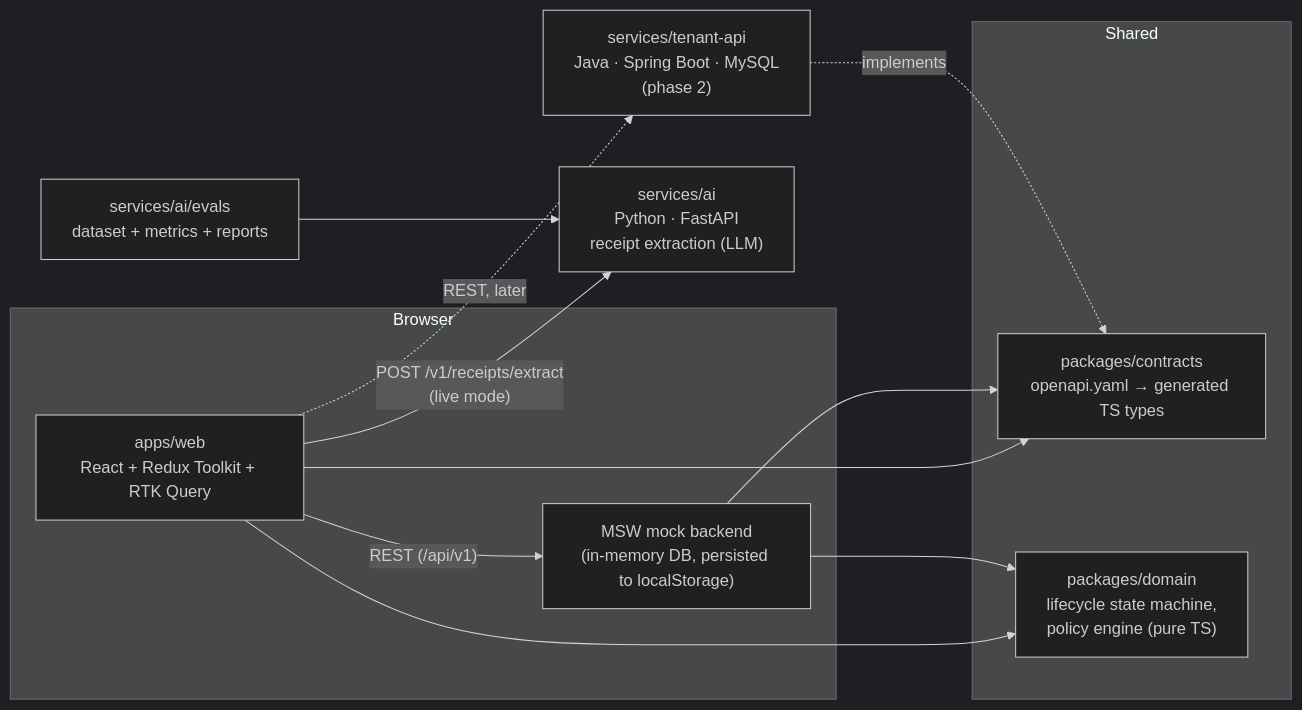
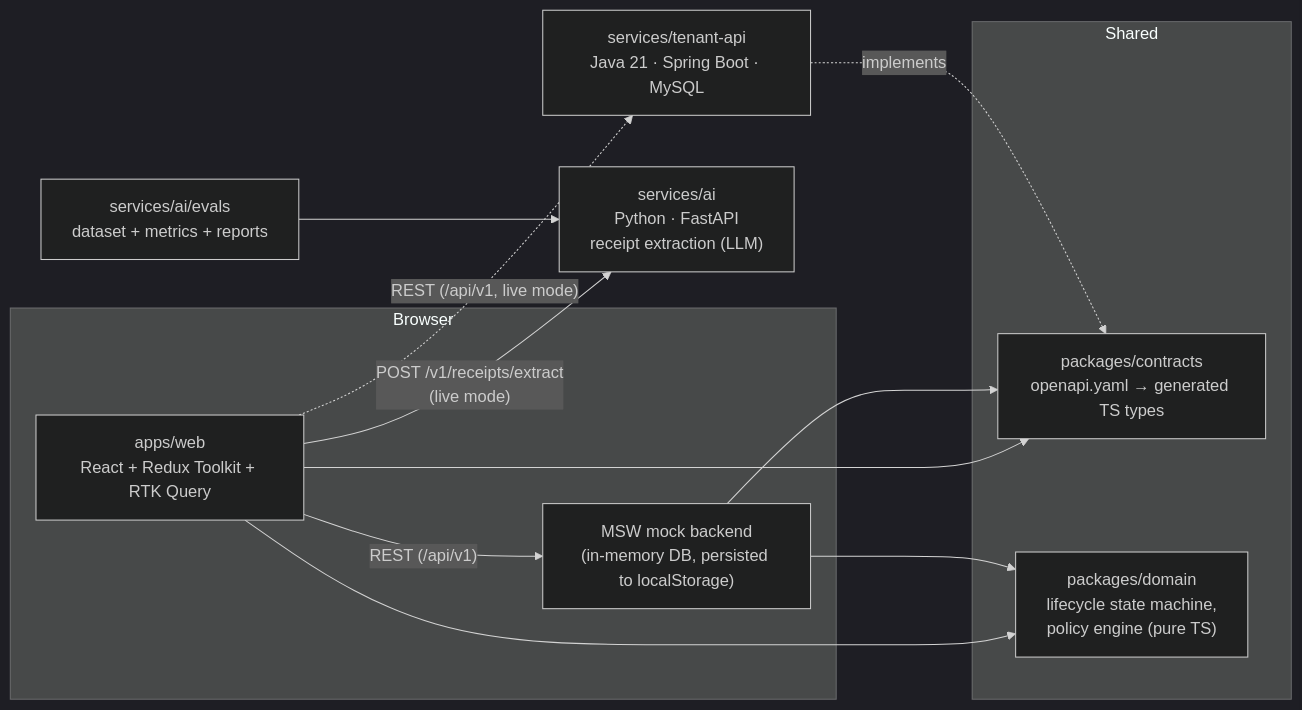
Before and after one commit to joaolucasmm/outlay-admin: the first of 2 diagrams in docs/ARCHITECTURE.md, drawn with Mermaid (dark theme). The commit also changed other lines of this file and 4 other files, not shown here.

Commit message:
docs: ADR 0006, tenant API architecture, M8b in the roadmap

````diff
--- a/docs/ARCHITECTURE.md
+++ b/docs/ARCHITECTURE.md
@@ -13,26 +13,26 @@
 ```mermaid
 flowchart LR
   subgraph Browser
     WEB["apps/web<br/>React + Redux Toolkit + RTK Query"]
     MSW["MSW mock backend<br/>(in-memory DB, persisted to localStorage)"]
   end
 
   subgraph Shared
     CONTRACT["packages/contracts<br/>openapi.yaml → generated TS types"]
     DOMAIN["packages/domain<br/>lifecycle state machine,<br/>policy engine (pure TS)"]
   end
 
   AI["services/ai<br/>Python · FastAPI<br/>receipt extraction (LLM)"]
   EVALS["services/ai/evals<br/>dataset + metrics + reports"]
-  TENANT["services/tenant-api<br/>Java · Spring Boot · MySQL<br/>(phase 2)"]
+  TENANT["services/tenant-api<br/>Java 21 · Spring Boot · MySQL"]
 
   WEB -- "REST (/api/v1)" --> MSW
-  WEB -. "REST, later" .-> TENANT
+  WEB -. "REST (/api/v1, live mode)" .-> TENANT
   WEB -- "POST /v1/receipts/extract<br/>(live mode)" --> AI
   WEB --> DOMAIN
   MSW --> DOMAIN
   WEB --> CONTRACT
   MSW --> CONTRACT
   TENANT -. implements .-> CONTRACT
   EVALS --> AI
 ```
````
